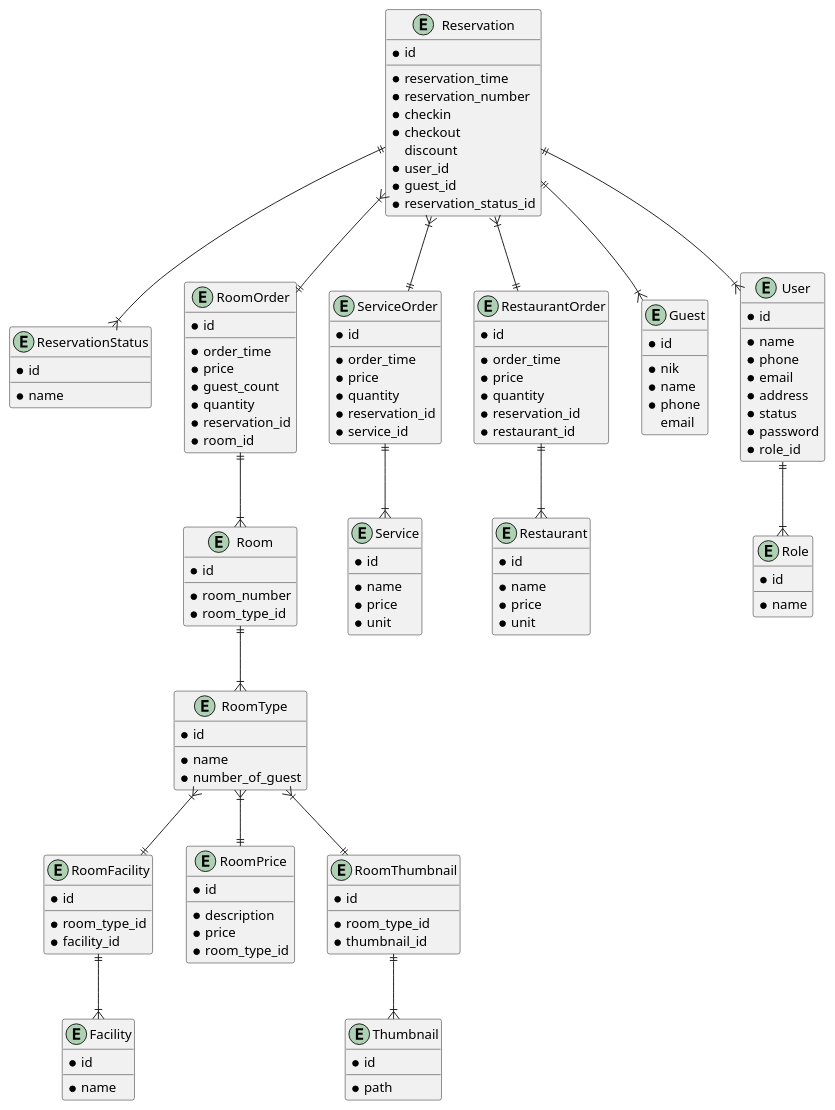
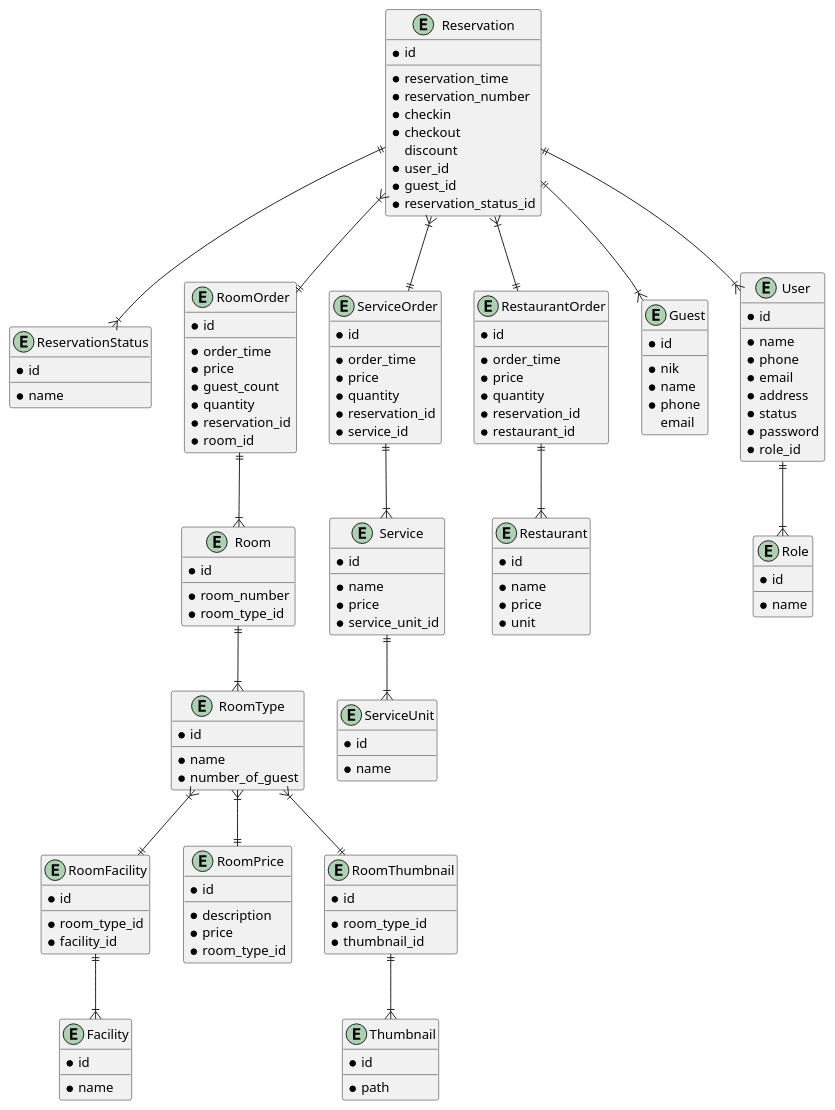
One commit to MuhammadIqbalAfandi/semuwainn changed the diagram in designs/diagrams/database.puml. Above: the diagram before and after it, drawn with PlantUML. The commit also changed 40 other files, not shown here.

```diff
--- a/designs/diagrams/database.puml
+++ b/designs/diagrams/database.puml
@@ -1,160 +1,167 @@
 @startuml SemuwainnDatabase
   entity Reservation {
     * id
     __
     * reservation_time
     * reservation_number
     * checkin
     * checkout
     discount
     * user_id
     * guest_id
     * reservation_status_id
   }
 
   entity ReservationStatus {
     * id
     __
     * name
   }
 
   entity RoomOrder {
     * id
     __
     * order_time
     * price
     * guest_count
     * quantity
     * reservation_id
     * room_id
   }
 
   entity ServiceOrder {
     * id
     __
     * order_time
     * price
     * quantity
     * reservation_id
     * service_id
   }
 
   entity Service {
     * id
     __
     * name
     * price
-    * unit
+    * service_unit_id
+  }
+
+  entity ServiceUnit {
+    * id
+    __
+    * name
   }
 
     entity RestaurantOrder {
     * id
     __
     * order_time
     * price
     * quantity
     * reservation_id
     * restaurant_id
   }
 
   entity Restaurant {
     * id
     __
     * name
     * price
     * unit
   }
 
   entity Guest {
     * id
     __
     * nik
     * name
     * phone
     email
   }
 
   entity User {
     * id
     __
     * name
     * phone
     * email
     * address
     * status
     * password
     * role_id
   }
 
   entity Role {
     * id
     __
     * name
   }
 
   entity RoomFacility {
     * id
     __
     * room_type_id
     * facility_id
   }
 
   entity Room {
     * id
     __
     * room_number
     * room_type_id
   }
 
   entity RoomType {
     * id
     __
     * name
     * number_of_guest
   }
 
   entity RoomPrice {
     * id
     __
     * description
     * price
     * room_type_id
   }
 
   entity Facility {
     * id
     __
     * name
   }
 
   entity RoomThumbnail {
     * id
     __
     * room_type_id
     * thumbnail_id
   }
 
   entity Thumbnail {
     * id
     __
     * path
   }
 
   Reservation ||--|{ ReservationStatus
   Reservation }|--|| RestaurantOrder
   Reservation }|--|| ServiceOrder
   Reservation ||--|{ User
   Reservation ||--|{ Guest
   Reservation }|--|| RoomOrder
   RoomOrder ||--|{ Room
   Room ||--|{ RoomType
   RoomType }|--|| RoomPrice
   RoomType }|--|| RoomFacility
   RoomType }|--|| RoomThumbnail
   RoomFacility ||--|{ Facility
   RoomThumbnail ||--|{ Thumbnail
   ServiceOrder ||--|{ Service
+  Service ||--|{ ServiceUnit
   RestaurantOrder ||--|{ Restaurant
   User ||--|{ Role
 
 @enduml
```
